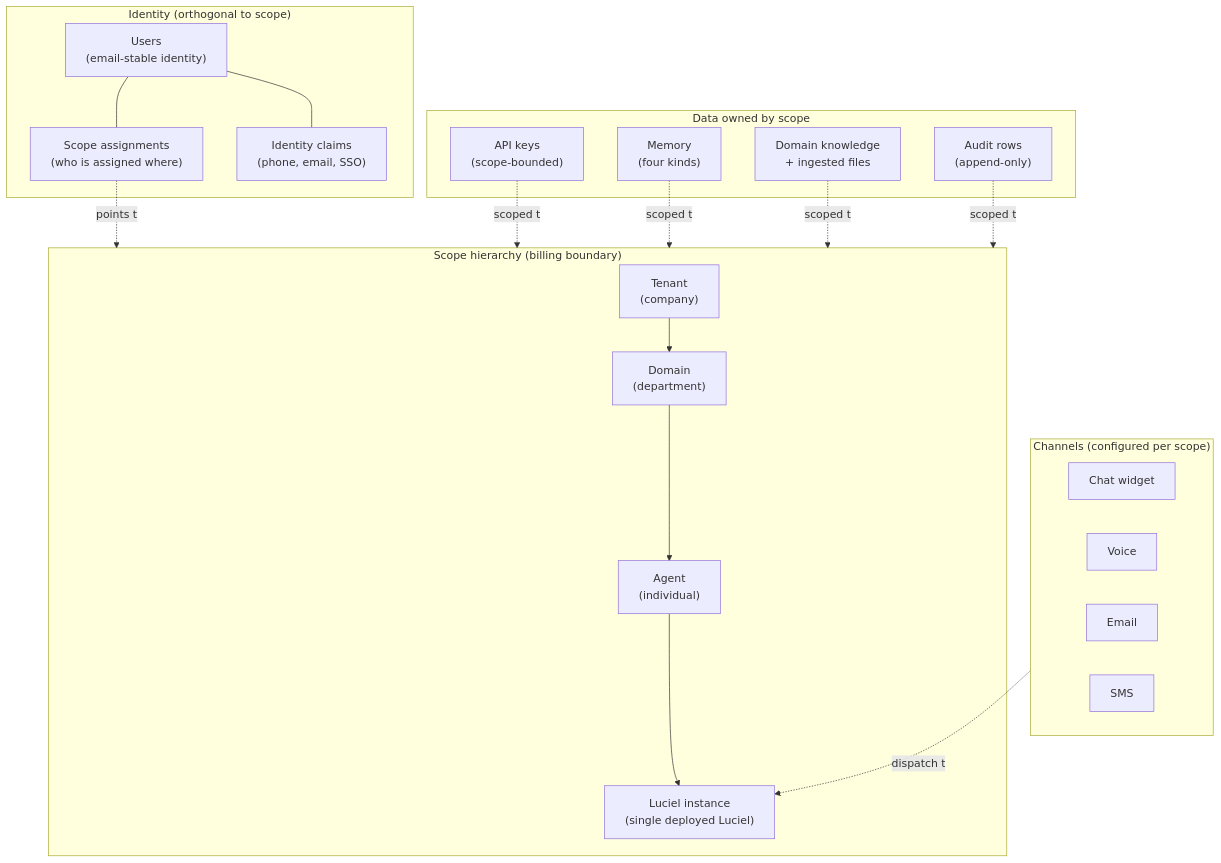
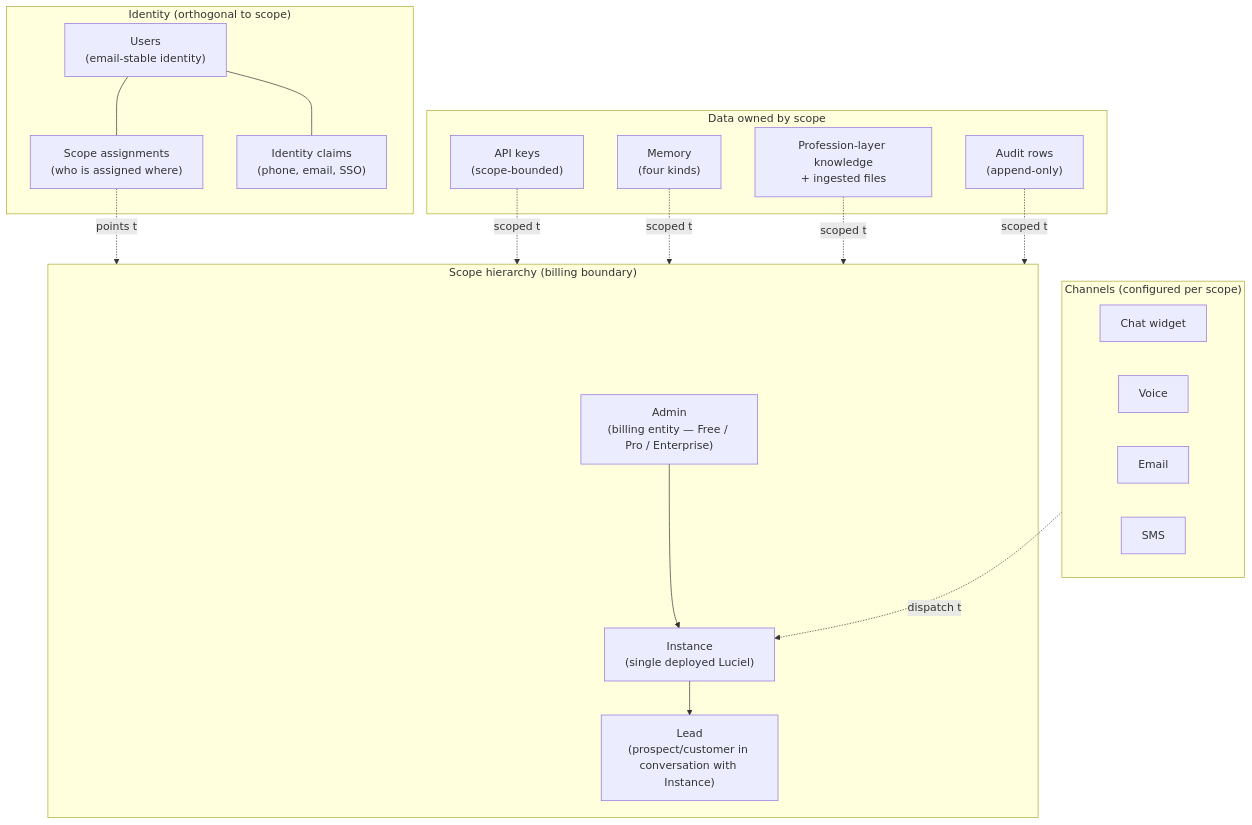
One commit to aryanonline/Luciel changed the third of 3 diagrams in docs/ARCHITECTURE.md. Above: the diagram before and after it, drawn with Mermaid. The commit also changed other lines of this file, not shown here.

First line of the commit message:
arc9 WU-9.5: ARCHITECTURE re-anchor — Live today vs Designed but not built

````diff
--- a/docs/ARCHITECTURE.md
+++ b/docs/ARCHITECTURE.md
@@ -723,44 +742,42 @@
 ```mermaid
 flowchart TB
   subgraph SCOPE["Scope hierarchy (billing boundary)"]
-    TENANT["Tenant<br/>(company)"]
-    DOMAIN["Domain<br/>(department)"]
-    AGENT["Agent<br/>(individual)"]
-    INSTANCE["Luciel instance<br/>(single deployed Luciel)"]
+    ADMIN["Admin<br/>(billing entity — Free / Pro / Enterprise)"]
+    INSTANCE["Instance<br/>(single deployed Luciel)"]
+    LEAD["Lead<br/>(prospect/customer in conversation with Instance)"]
 
-    TENANT --> DOMAIN
-    DOMAIN --> AGENT
-    AGENT --> INSTANCE
+    ADMIN --> INSTANCE
+    INSTANCE --> LEAD
   end
 
   subgraph IDENTITY["Identity (orthogonal to scope)"]
     USER["Users<br/>(email-stable identity)"]
     ASSIGNMENT["Scope assignments<br/>(who is assigned where)"]
     CLAIMS["Identity claims<br/>(phone, email, SSO)"]
 
     USER --- ASSIGNMENT
     USER --- CLAIMS
   end
 
   subgraph DATA["Data owned by scope"]
     KEYS["API keys<br/>(scope-bounded)"]
     MEM["Memory<br/>(four kinds)"]
-    KNOWLEDGE["Domain knowledge<br/>+ ingested files"]
+    KNOWLEDGE["Profession-layer knowledge<br/>+ ingested files"]
     AUDIT["Audit rows<br/>(append-only)"]
   end
 
   ASSIGNMENT -.points to.-> SCOPE
   KEYS -.scoped to.-> SCOPE
   MEM -.scoped to.-> SCOPE
   KNOWLEDGE -.scoped to.-> SCOPE
   AUDIT -.scoped to.-> SCOPE
 
   subgraph CHANNELS_C["Channels (configured per scope)"]
     WIDGET["Chat widget"]
     VOICE["Voice"]
     EMAIL_C["Email"]
     SMS_C["SMS"]
   end
 
   CHANNELS_C -.dispatch to.-> INSTANCE
 ```
````
